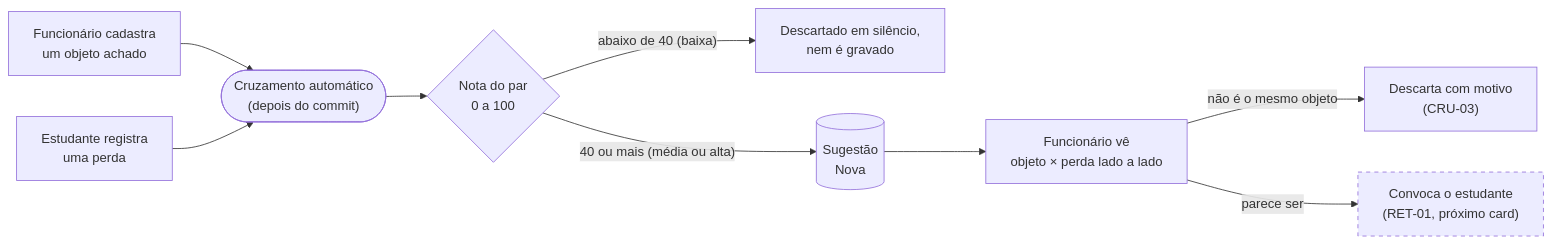
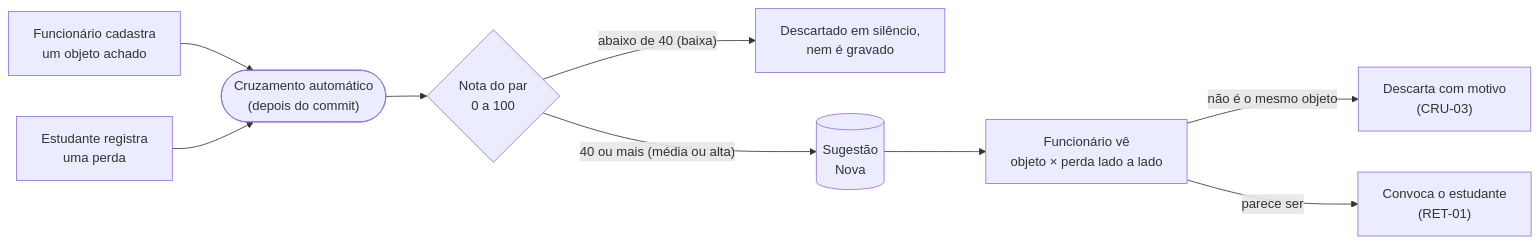
The first of 8 diagrams in docs/tecnico/modulo-cruzamento.md (p1lloww/cade-backend), drawn with Mermaid before and after one commit. The commit also changed other lines of this file and 43 other files, not shown here.

````diff
--- a/docs/tecnico/modulo-cruzamento.md
+++ b/docs/tecnico/modulo-cruzamento.md
@@ -13,14 +13,12 @@
 ```mermaid
 flowchart LR
     A["Funcionário cadastra<br/>um objeto achado"] --> C
     B["Estudante registra<br/>uma perda"] --> C
     C(["Cruzamento automático<br/>(depois do commit)"]) --> D{"Nota do par<br/>0 a 100"}
     D -- "abaixo de 40 (baixa)" --> X["Descartado em silêncio,<br/>nem é gravado"]
     D -- "40 ou mais (média ou alta)" --> E[("Sugestão<br/>Nova")]
     E --> F["Funcionário vê<br/>objeto × perda lado a lado"]
     F -- "não é o mesmo objeto" --> G["Descarta com motivo<br/>(CRU-03)"]
-    F -- "parece ser" --> H["Convoca o estudante<br/>(RET-01, próximo card)"]
+    F -- "parece ser" --> H["Convoca o estudante<br/>(RET-01)"]
 
-    classDef next stroke-dasharray: 5 5
-    class H next
 ```
````
